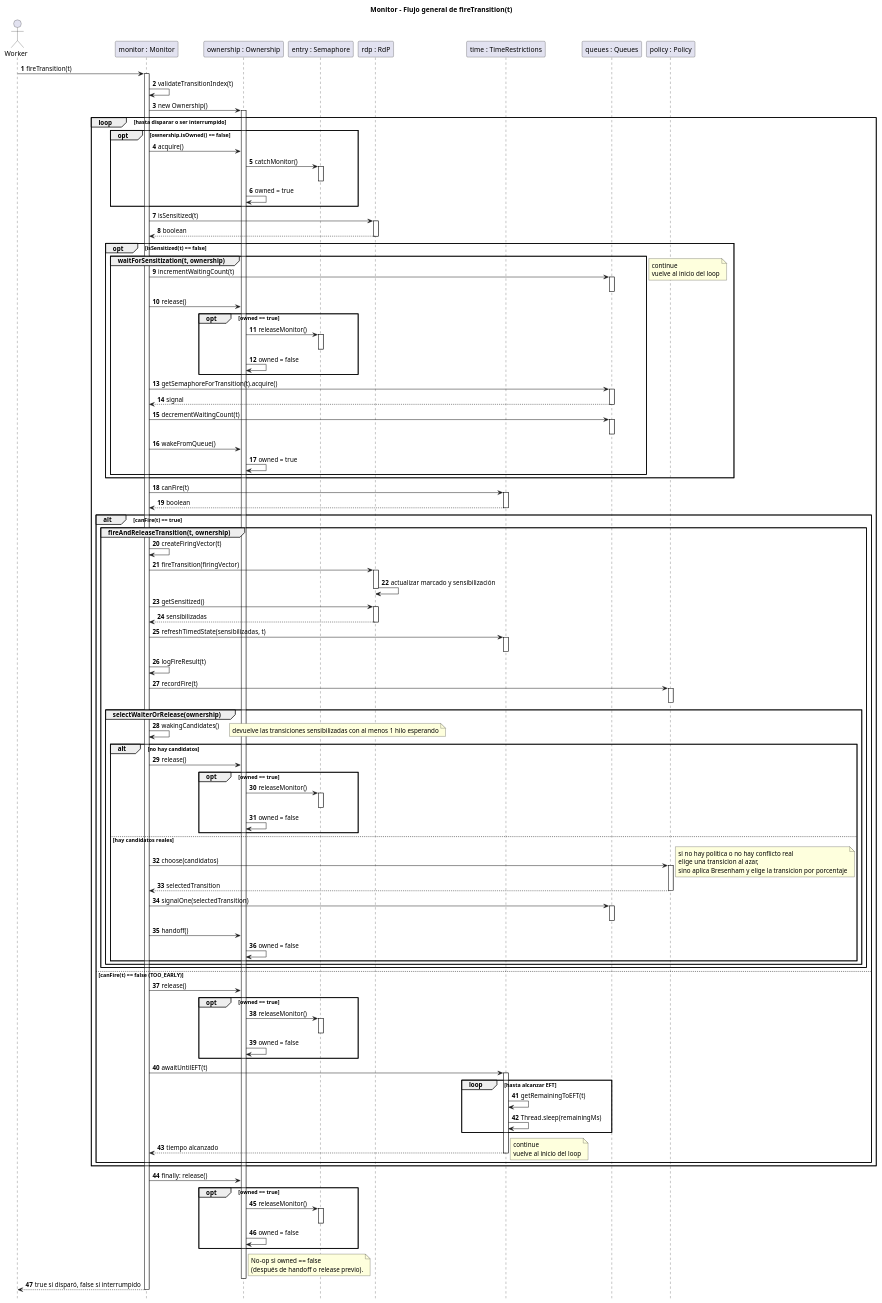
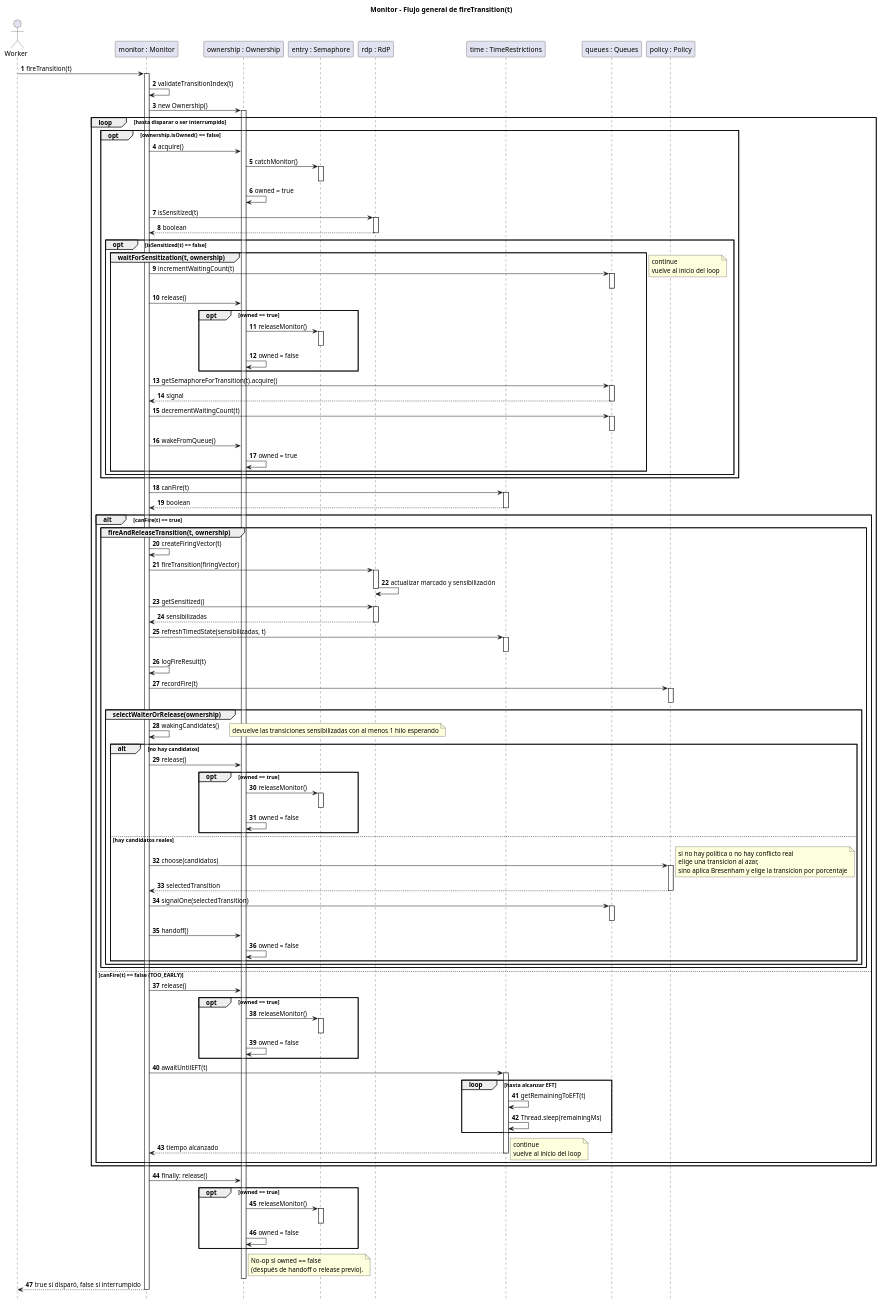
One commit to 1v6n/final-cp-project changed the diagram in docs/diagrams/SequenceDiagram.puml. Above: the diagram before and after it, drawn with PlantUML.

Commit message:
chore: change in monitor reflected in sequence diagram

```diff
--- a/docs/diagrams/SequenceDiagram.puml
+++ b/docs/diagrams/SequenceDiagram.puml
@@ -1,149 +1,149 @@
 @startuml
 title Monitor - Flujo general de fireTransition(t)
 
 autonumber
 hide footbox
 
 actor "Worker" as W
 participant "monitor : Monitor" as M
 participant "ownership : Ownership" as O
 participant "entry : Semaphore" as E
 participant "rdp : RdP" as R
 participant "time : TimeRestrictions" as T
 participant "queues : Queues" as Q
 participant "policy : Policy" as P
 
 W -> M : fireTransition(t)
 activate M
 M -> M : validateTransitionIndex(t)
 M -> O : new Ownership()
 activate O
 
 loop hasta disparar o ser interrumpido
   opt ownership.isOwned() == false
     M -> O : acquire()
     O -> E : catchMonitor()
     activate E
     deactivate E
     O -> O : owned = true
-  end
 
   M -> R : isSensitized(t)
   activate R
   R --> M : boolean
   deactivate R
 
-  opt isSensitized(t) == false
-    group waitForSensitization(t, ownership)
-      M -> Q : incrementWaitingCount(t)
-      activate Q
-      deactivate Q
-      M -> O : release()
-      opt owned == true
-        O -> E : releaseMonitor()
-        activate E
-        deactivate E
-        O -> O : owned = false
+    opt isSensitized(t) == false
+      group waitForSensitization(t, ownership)
+        M -> Q : incrementWaitingCount(t)
+        activate Q
+        deactivate Q
+        M -> O : release()
+        opt owned == true
+          O -> E : releaseMonitor()
+          activate E
+          deactivate E
+          O -> O : owned = false
+        end
+        M -> Q : getSemaphoreForTransition(t).acquire()
+        activate Q
+        Q --> M : signal
+        deactivate Q
+        M -> Q : decrementWaitingCount(t)
+        activate Q
+        deactivate Q
+        M -> O : wakeFromQueue()
+        O -> O : owned = true
       end
-      M -> Q : getSemaphoreForTransition(t).acquire()
-      activate Q
-      Q --> M : signal
-      deactivate Q
-      M -> Q : decrementWaitingCount(t)
-      activate Q
-      deactivate Q
-      M -> O : wakeFromQueue()
-      O -> O : owned = true
+      note right : continue\nvuelve al inicio del loop
     end
-    note right : continue\nvuelve al inicio del loop
   end
 
   M -> T : canFire(t)
   activate T
   T --> M : boolean
   deactivate T
 
   alt canFire(t) == true
     group fireAndReleaseTransition(t, ownership)
       M -> M : createFiringVector(t)
       M -> R : fireTransition(firingVector)
       activate R
       R -> R : actualizar marcado y sensibilización
       deactivate R
       M -> R : getSensitized()
       activate R
       R --> M : sensibilizadas
       deactivate R
       M -> T: refreshTimedState(sensibilizadas, t)
       activate T
       deactivate T
       M -> M : logFireResult(t)
       M -> P : recordFire(t)
       activate P
       deactivate P
 
       group selectWaiterOrRelease(ownership)
         M -> M : wakingCandidates()
         note right : devuelve las transiciones sensibilizadas con al menos 1 hilo esperando
 
         alt no hay candidatos
           M -> O : release()
           opt owned == true
             O -> E : releaseMonitor()
             activate E
             deactivate E
             O -> O : owned = false
           end
 
         else hay candidatos reales
           M -> P : choose(candidatos)
           activate P
           note right: si no hay politica o no hay conflicto real\nelige una transicion al azar,\nsino aplica Bresenham y elige la transicion por porcentaje
           P --> M : selectedTransition
           deactivate P
 
           M -> Q : signalOne(selectedTransition)
           activate Q
           deactivate Q
           M -> O : handoff()
           O -> O : owned = false
         end
       end
     end
 
   else canFire(t) == false (TOO_EARLY)
     M -> O : release()
     opt owned == true
       O -> E : releaseMonitor()
       activate E
       deactivate E
       O -> O : owned = false
     end
     M -> T : awaitUntilEFT(t)
     activate T
     loop hasta alcanzar EFT
       T -> T : getRemainingToEFT(t)
       T -> T : Thread.sleep(remainingMs)
     end
     T --> M : tiempo alcanzado
     deactivate T
     note right : continue\nvuelve al inicio del loop
   end
 end
 
 M -> O : finally: release()
 opt owned == true
   O -> E : releaseMonitor()
   activate E
   deactivate E
   O -> O : owned = false
 end
 note right of O
   No-op si owned == false
   (después de handoff o release previo).
 end note
 deactivate O
 M --> W : true si disparó, false si interrumpido
 deactivate M
 
 @enduml
```
